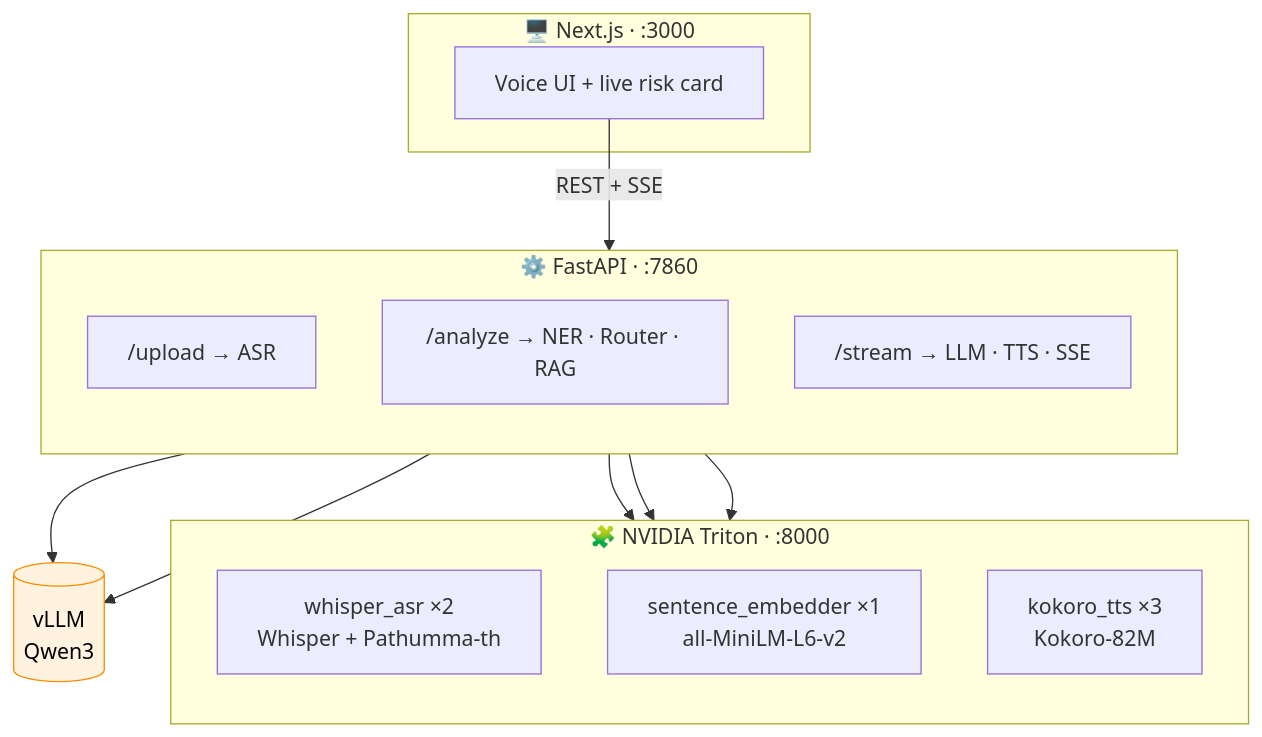
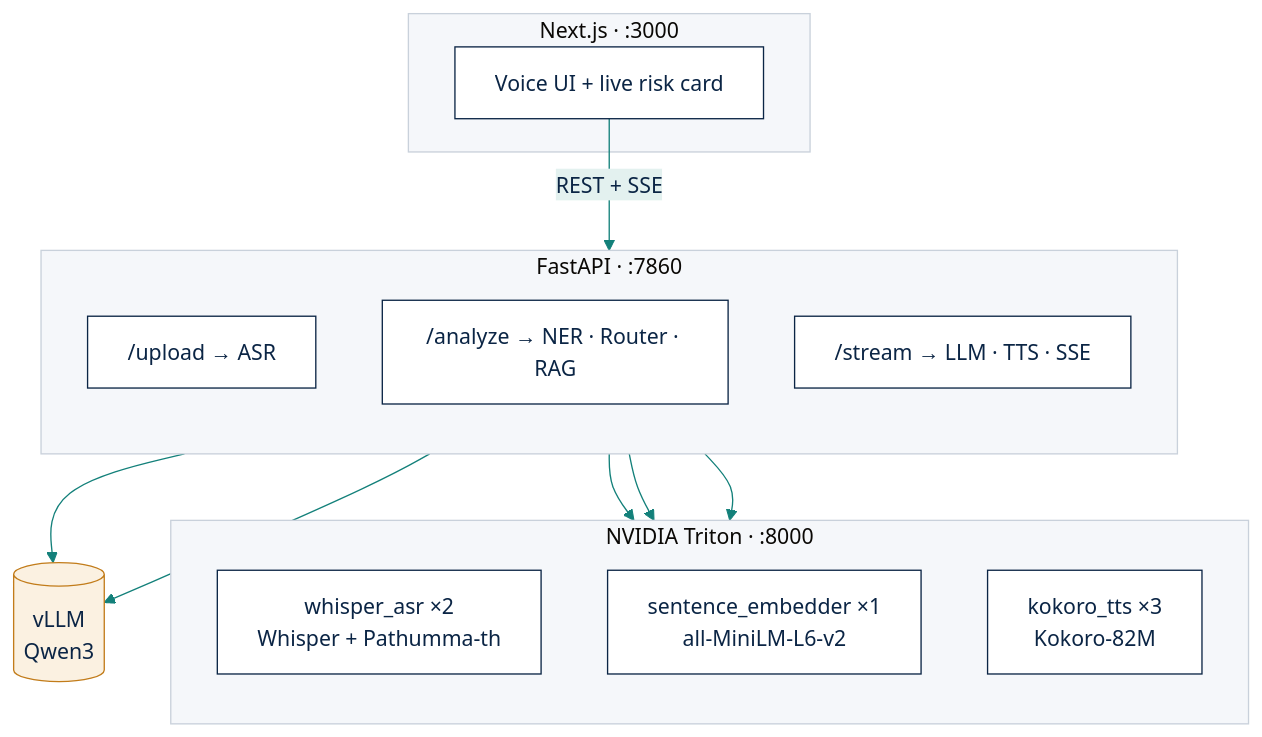
The diagram in README.md (E27-25/ZoonoMoE-Specialist-Routing-Cascade), drawn with Mermaid before and after one commit. The commit also changed other lines of this file and 10 other files, not shown here.

````diff
--- a/README.md
+++ b/README.md
@@ -126,26 +219,27 @@
 ```mermaid
+%%{init: {'theme':'base','themeVariables':{'primaryColor':'#ffffff','primaryTextColor':'#0b2545','primaryBorderColor':'#0b2545','lineColor':'#13807a','secondaryColor':'#e3f1ef','tertiaryColor':'#f5f7fa','clusterBkg':'#f5f7fa','clusterBorder':'#c9d1db','fontFamily':'ui-sans-serif'}}}%%
 flowchart TB
-    subgraph FE["🖥️ Next.js · :3000"]
+    subgraph FE["Next.js · :3000"]
       UI["Voice UI + live risk card"]
     end
-    subgraph BE["⚙️ FastAPI · :7860"]
+    subgraph BE["FastAPI · :7860"]
       direction TB
       UP["/upload → ASR"]
       AN["/analyze → NER · Router · RAG"]
       ST["/stream → LLM · TTS · SSE"]
     end
-    subgraph TR["🧩 NVIDIA Triton · :8000"]
+    subgraph TR["NVIDIA Triton · :8000"]
       direction TB
       W["whisper_asr ×2<br/>Whisper + Pathumma-th"]
       EMB["sentence_embedder ×1<br/>all-MiniLM-L6-v2"]
       K["kokoro_tts ×3<br/>Kokoro-82M"]
     end
     V[("vLLM<br/>Qwen3")]:::hot
     UI -- "REST + SSE" --> BE
     UP --> W
     AN --> EMB
     AN --> V
     ST --> V
     ST --> K
-    classDef hot fill:#fff3e0,stroke:#fb8c00,color:#000;
+    classDef hot fill:#fbf1e1,stroke:#c27c1a,color:#0b2545;
 ```
````
